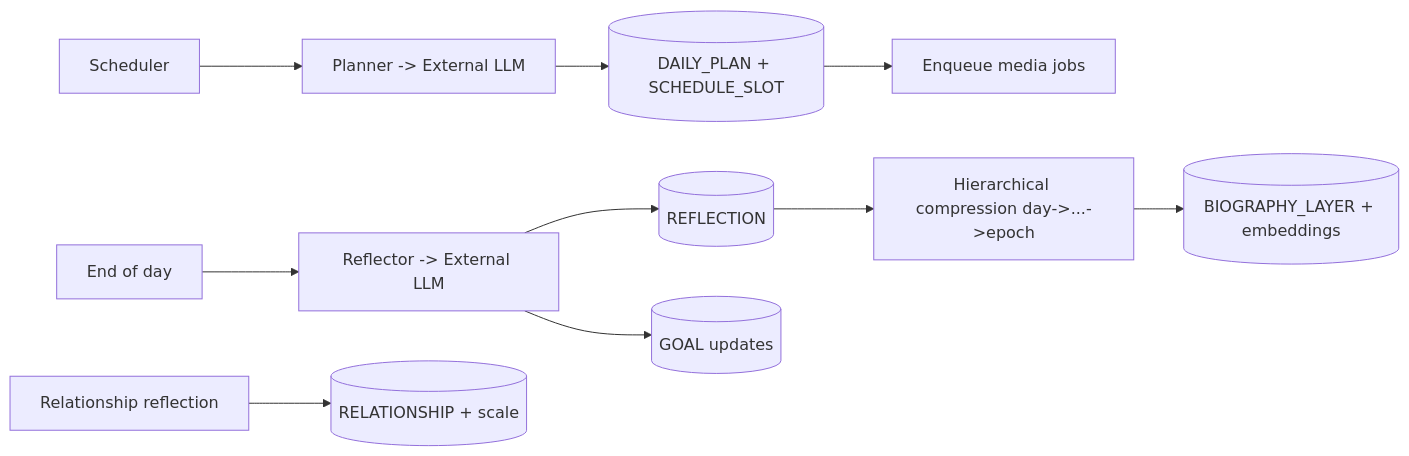
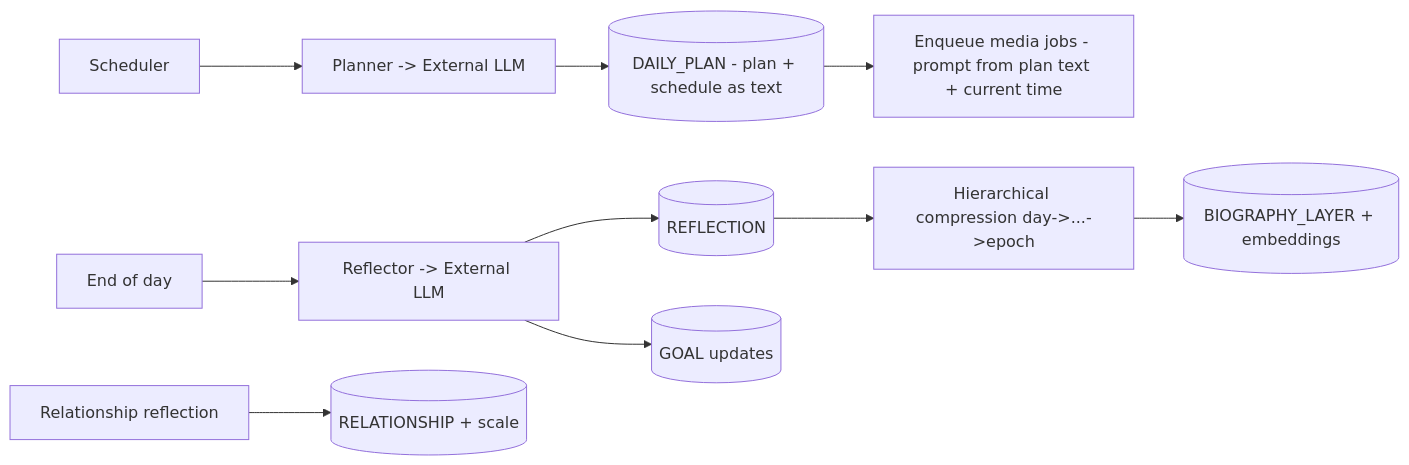
Before and after one commit to b3ly4ck/NeuroLady_Persona_Engine: the sixth of 7 diagrams in developer files/architecture.md, drawn with Mermaid. The commit also changed other lines of this file and 2 other files, not shown here.

````diff
--- a/developer files/architecture.md
+++ b/developer files/architecture.md
@@ -631,12 +620,12 @@
 ```mermaid
 flowchart LR
     CRON[Scheduler] --> PLAN[Planner -> External LLM]
-    PLAN --> SQLp[(DAILY_PLAN + SCHEDULE_SLOT)]
-    SQLp --> JOBS[Enqueue media jobs]
+    PLAN --> SQLp[(DAILY_PLAN - plan + schedule as text)]
+    SQLp --> JOBS[Enqueue media jobs - prompt from plan text + current time]
     EOD[End of day] --> REF[Reflector -> External LLM]
     REF --> SQLr[(REFLECTION)]
     SQLr --> COMPRESS[Hierarchical compression day->...->epoch]
     COMPRESS --> BIO[(BIOGRAPHY_LAYER + embeddings)]
     REF --> GOALu[(GOAL updates)]
     RELc[Relationship reflection] --> RELu[(RELATIONSHIP + scale)]
 ```
````
